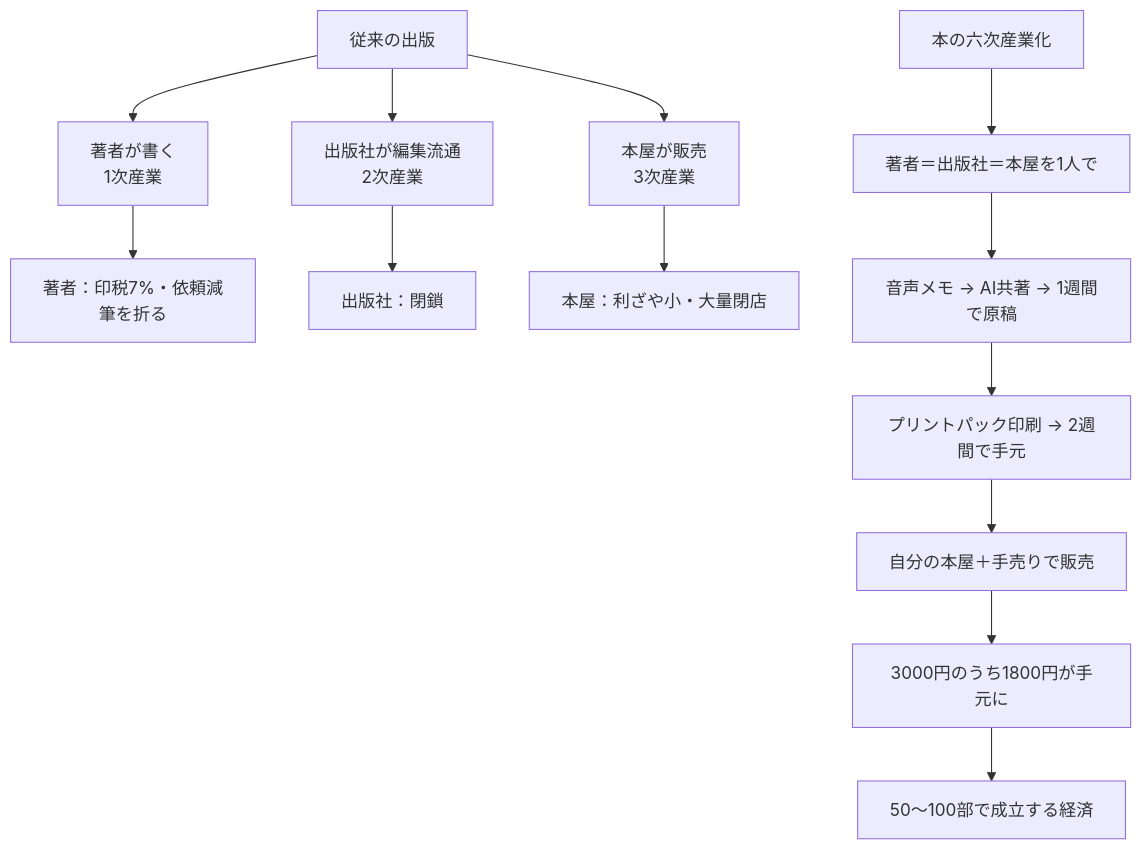
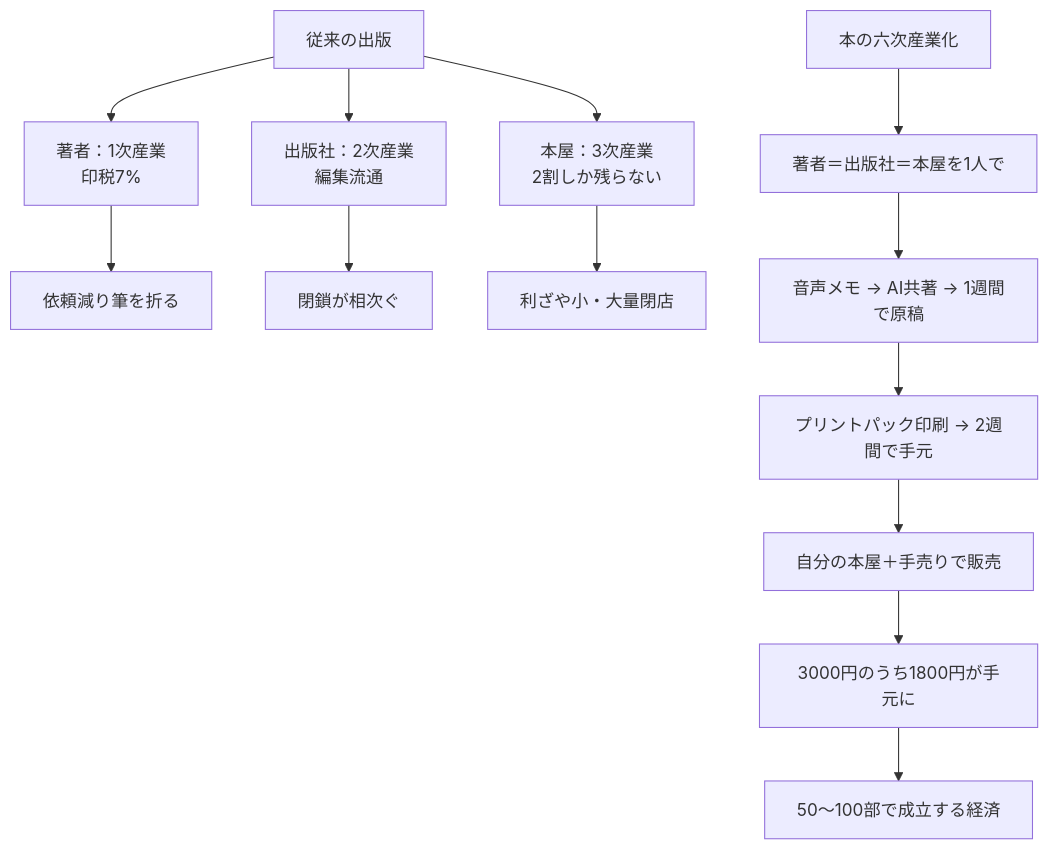
One commit to VOMOYA/planetary-learning-mtg-reports changed the fourth of 10 diagrams in プラネタリーラーニング運営MTG_20260430.md. Above: the diagram before and after it, drawn with Mermaid. The commit also changed other lines of this file, not shown here.

````diff
--- a/プラネタリーラーニング運営MTG_20260430.md
+++ b/プラネタリーラーニング運営MTG_20260430.md
@@ -183,16 +173,16 @@
 ```mermaid
 graph TD
-  A[従来の出版] --> B[著者が書く<br/>1次産業]
-  A --> C[出版社が編集流通<br/>2次産業]
-  A --> D[本屋が販売<br/>3次産業]
-  B --> E[著者：印税7%・依頼減<br/>筆を折る]
-  C --> F[出版社：閉鎖]
-  D --> G[本屋：利ざや小・大量閉店]
+  A[従来の出版] --> B[著者：1次産業<br/>印税7%]
+  A --> C[出版社：2次産業<br/>編集流通]
+  A --> D[本屋：3次産業<br/>2割しか残らない]
+  B --> E[依頼減り筆を折る]
+  C --> F[閉鎖が相次ぐ]
+  D --> G[利ざや小・大量閉店]
 
   H[本の六次産業化] --> I[著者＝出版社＝本屋を1人で]
   I --> J[音声メモ → AI共著 → 1週間で原稿]
   J --> K[プリントパック印刷 → 2週間で手元]
   K --> L[自分の本屋＋手売りで販売]
   L --> M[3000円のうち1800円が手元に]
   M --> N[50〜100部で成立する経済]
 ```
````
